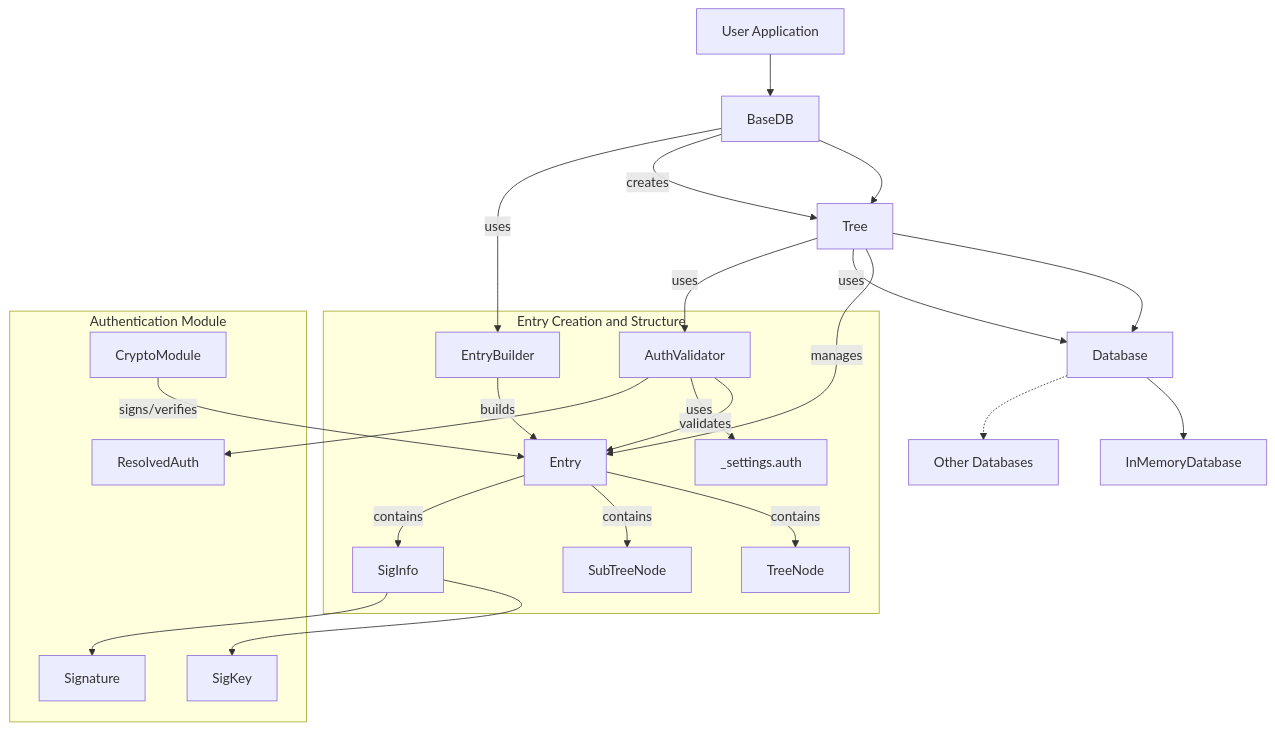
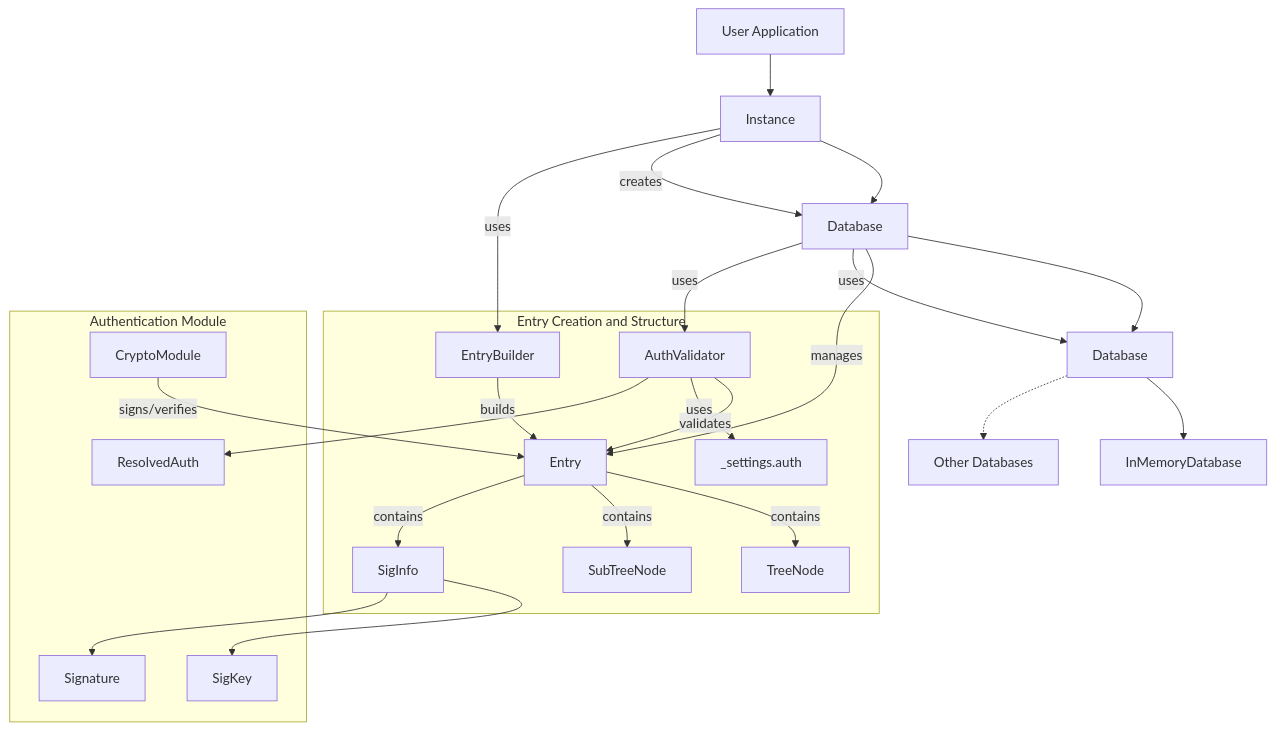
Before and after one commit to arcuru/eidetica: the diagram in docs/src/internal/index.md, drawn with Mermaid. The commit also changed other lines of this file and 62 other files, not shown here.

````diff
--- a/docs/src/internal/index.md
+++ b/docs/src/internal/index.md
@@ -9,30 +9,30 @@
 ```mermaid
 graph TD
-    A[User Application] --> B[BaseDB]
-    B --> C[Tree]
+    A[User Application] --> B[Instance]
+    B --> C[Database]
     C --> E[Database]
     E --> F[InMemoryDatabase]
     E -.-> G[Other Databases]
 
     subgraph Entry Creation and Structure
         H[EntryBuilder] -- builds --> D[Entry]
         D -- contains --> I[TreeNode]
         D -- contains --> J[SubTreeNode]
         D -- contains --> K[SigInfo]
         L[AuthValidator] -- validates --> D
         L -- uses --> M[_settings.auth]
     end
 
     subgraph Authentication Module
         K --> N[SigKey]
         K --> O[Signature]
         L --> P[ResolvedAuth]
         Q[CryptoModule] -- signs/verifies --> D
     end
 
     B -- creates --> C
     C -- manages --> D
     B -- uses --> H
     C -- uses --> E
     C -- uses --> L
 ```
````
